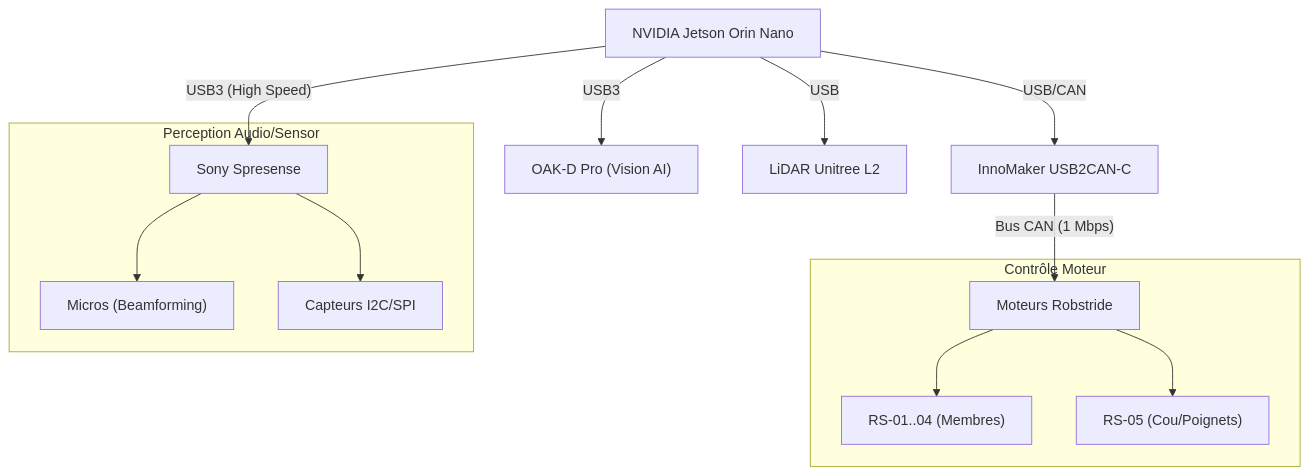
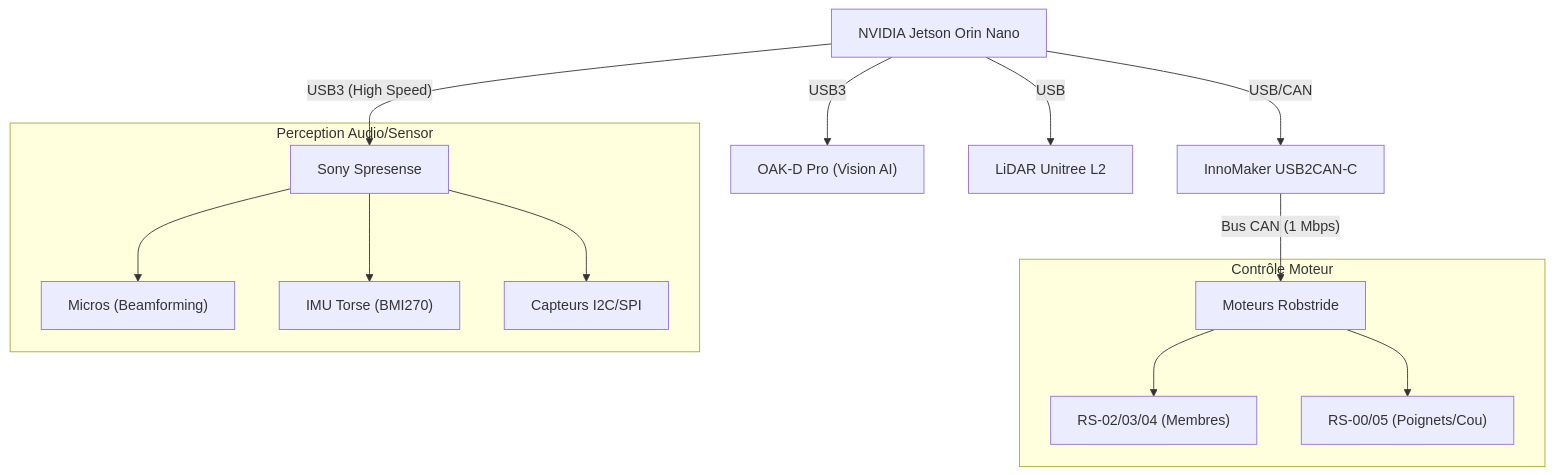
The diagram in 01_Synthese_Projet.md (d-sergent/dbot-documentation), drawn with Mermaid before and after one commit. The commit also changed other lines of this file and 10 other files, not shown here.

````diff
--- a/01_Synthese_Projet.md
+++ b/01_Synthese_Projet.md
@@ -33,18 +34,19 @@
 ```mermaid
 graph TD
     A[NVIDIA Jetson Orin Nano] -- "USB3 (High Speed)" --> B[Sony Spresense]
     A -- USB/CAN --> C["InnoMaker USB2CAN-C"]
     C -- "Bus CAN (1 Mbps)" --> D[Moteurs Robstride]
     A -- USB3 --> E["OAK-D Pro (Vision AI)"]
     A -- USB --> F[LiDAR Unitree L2]
 
     subgraph "Contrôle Moteur"
-    D --> D1["RS-01..04 (Membres)"]
-    D --> D2["RS-05 (Cou/Poignets)"]
+    D --> D1["RS-02/03/04 (Membres)"]
+    D --> D2["RS-00/05 (Poignets/Cou)"]
     end
 
     subgraph "Perception Audio/Sensor"
     B --> B1["Micros (Beamforming)"]
-    B --> B2[Capteurs I2C/SPI]
+    B --> B2["IMU Torse (BMI270)"]
+    B --> B3[Capteurs I2C/SPI]
     end
 ```
````
